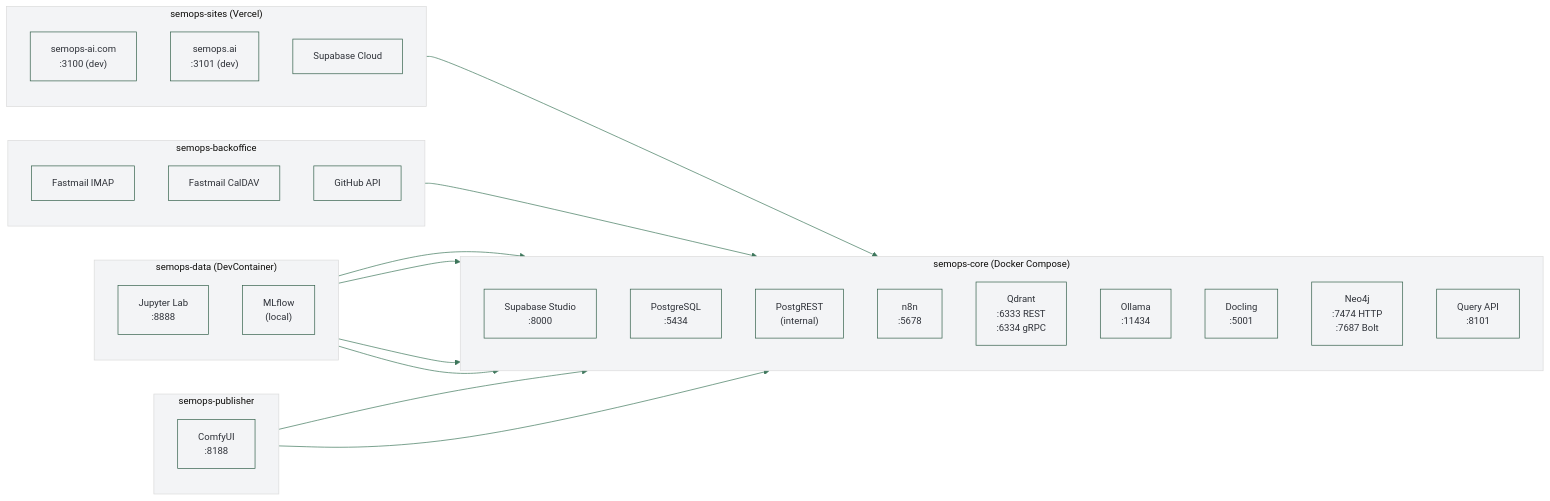
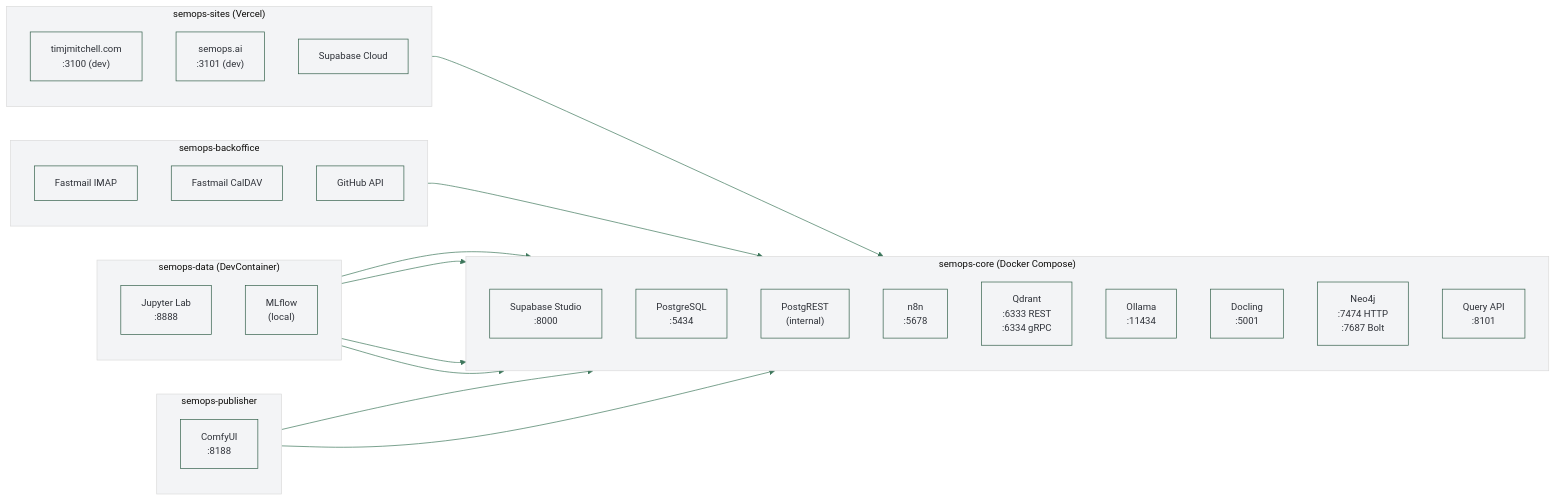
One commit to semops-ai/semops-dx-orchestrator changed the third of 8 diagrams in docs/DIAGRAMS.md. Above: the diagram before and after it, drawn with Mermaid. The commit also changed other lines of this file and 9 other files, not shown here.

First line of the commit message:
docs: full sync — architecture, diagrams, methodology exports

````diff
--- a/docs/DIAGRAMS.md
+++ b/docs/DIAGRAMS.md
@@ -130,51 +130,51 @@
 ```mermaid
 %%{init: {'theme': 'base', 'themeVariables': {'primaryColor': '#F3F4F6', 'primaryBorderColor': '#315E49', 'primaryTextColor': '#2E3138', 'lineColor': '#3D765B', 'secondaryColor': '#EDF3F0', 'tertiaryColor': '#F3F4F6', 'fontFamily': 'JetBrains Mono, monospace', 'fontSize': '14px'}, 'flowchart': {'curve': 'basis'}}}%%
 flowchart LR
-    subgraph hub["semops-core (Docker Compose)"]
-        direction TB
-        supabase["Supabase Studio<br/>:8000"]
-        postgres["PostgreSQL<br/>:5434"]
-        postgrest["PostgREST<br/>(internal)"]
-        n8n2["n8n<br/>:5678"]
-        qdrant2["Qdrant<br/>:6333 REST<br/>:6334 gRPC"]
-        ollama["Ollama<br/>:11434"]
-        docling2["Docling<br/>:5001"]
-        neo2["Neo4j<br/>:7474 HTTP<br/>:7687 Bolt"]
-        queryapi["Query API<br/>:8101"]
-    end
+ subgraph hub["semops-core (Docker Compose)"]
+ direction TB
+ supabase["Supabase Studio<br/>:8000"]
+ postgres["PostgreSQL<br/>:5434"]
+ postgrest["PostgREST<br/>(internal)"]
+ n8n2["n8n<br/>:5678"]
+ qdrant2["Qdrant<br/>:6333 REST<br/>:6334 gRPC"]
+ ollama["Ollama<br/>:11434"]
+ docling2["Docling<br/>:5001"]
+ neo2["Neo4j<br/>:7474 HTTP<br/>:7687 Bolt"]
+ queryapi["Query API<br/>:8101"]
+ end
 
-    subgraph sites["semops-sites (Vercel)"]
-        direction TB
-        tim["semops-ai.com<br/>:3100 (dev)"]
-        semops["semops.ai<br/>:3101 (dev)"]
-        supa["Supabase Cloud"]
-    end
+ subgraph sites["semops-sites (Vercel)"]
+ direction TB
+ tim["timjmitchell.com<br/>:3100 (dev)"]
+ semops["semops.ai<br/>:3101 (dev)"]
+ supa["Supabase Cloud"]
+ end
 
-    subgraph back["semops-backoffice"]
-        direction TB
-        imap["Fastmail IMAP"]
-        caldav2["Fastmail CalDAV"]
-        ghapi["GitHub API"]
-    end
+ subgraph back["semops-backoffice"]
+ direction TB
+ imap["Fastmail IMAP"]
+ caldav2["Fastmail CalDAV"]
+ ghapi["GitHub API"]
+ end
 
-    subgraph datarepo["semops-data (DevContainer)"]
-        direction TB
-        jupyter["Jupyter Lab<br/>:8888"]
-        mlflow["MLflow<br/>(local)"]
-    end
+ subgraph datarepo["semops-data (DevContainer)"]
+ direction TB
+ jupyter["Jupyter Lab<br/>:8888"]
+ mlflow["MLflow<br/>(local)"]
+ end
 
-    subgraph pubrepo["semops-publisher"]
-        direction TB
-        comfy["ComfyUI<br/>:8188"]
-    end
+ subgraph pubrepo["semops-publisher"]
+ direction TB
+ comfy["ComfyUI<br/>:8188"]
+ end
 
-    %% Dependencies
-    sites --> postgres
-    back --> postgres
-    datarepo --> postgres
-    datarepo --> qdrant2
-    datarepo --> docling2
-    datarepo --> ollama
-    pubrepo --> postgres
-    pubrepo --> qdrant2
+ %% Dependencies
+ sites --> postgres
+ back --> postgres
+ datarepo --> postgres
+ datarepo --> qdrant2
+ datarepo --> docling2
+ datarepo --> ollama
+ pubrepo --> postgres
+ pubrepo --> qdrant2
 ```
````
